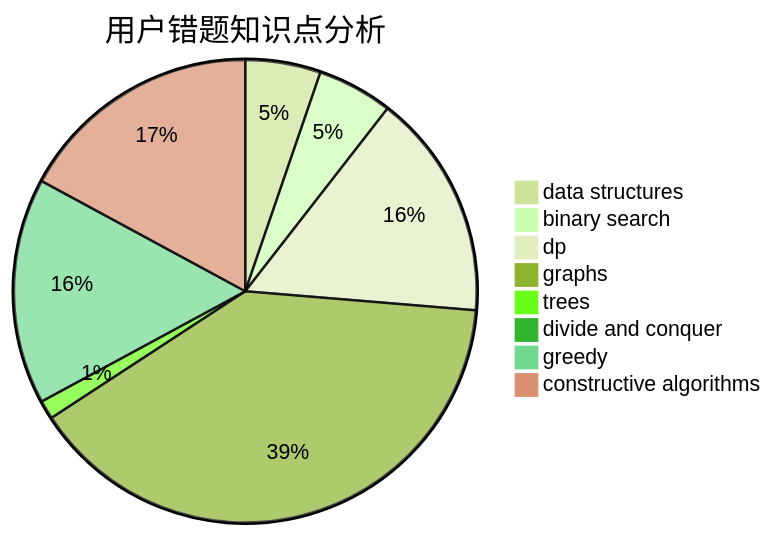
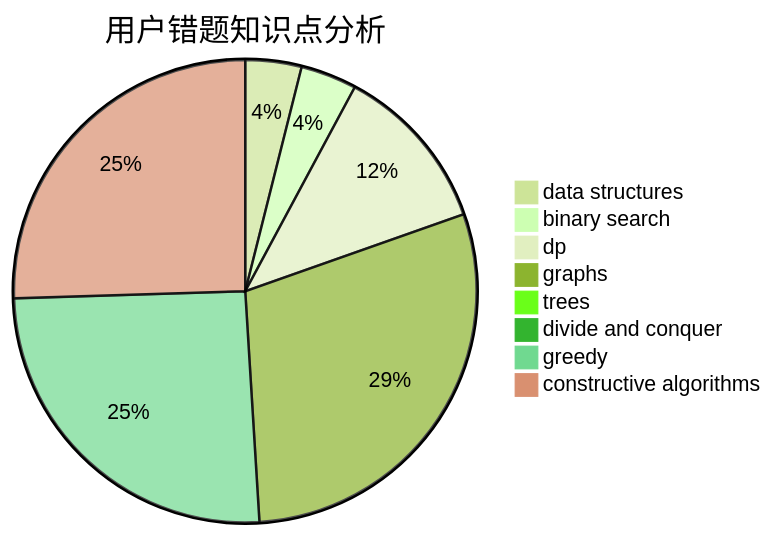
Before and after one commit to sherpahu/cfrs.github.io: the third of 3 diagrams in docs/user/u2462.md, drawn with Mermaid (forest theme). The commit also changed other lines of this file and 2770 other files, not shown here.

````diff
--- a/docs/user/u2462.md
+++ b/docs/user/u2462.md
@@ -36,11 +36,11 @@
 ```mermaid
 pie title 用户错题知识点分析
     "data structures" :  4
     "binary search" :  4
     "dp" :  12
     "graphs" :  30
     "trees" :  1
     "divide and conquer" :  0
-    "greedy" :  12
-    "constructive algorithms" :  13
+    "greedy" :  26
+    "constructive algorithms" :  26
 ```
````
